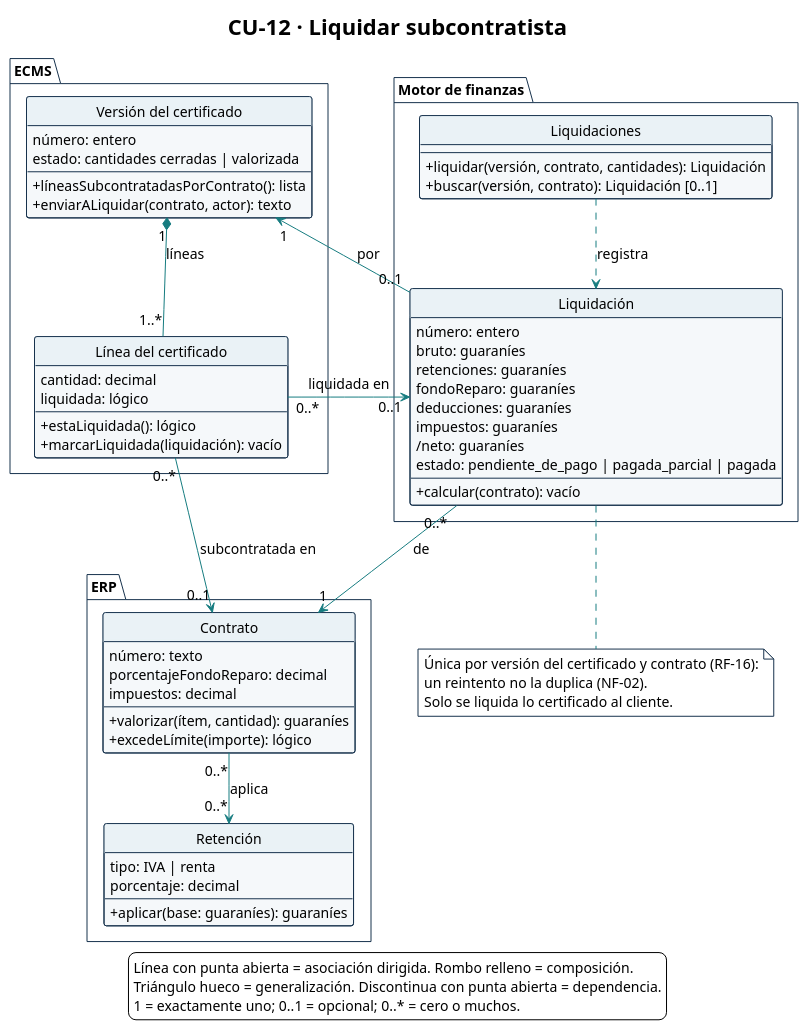
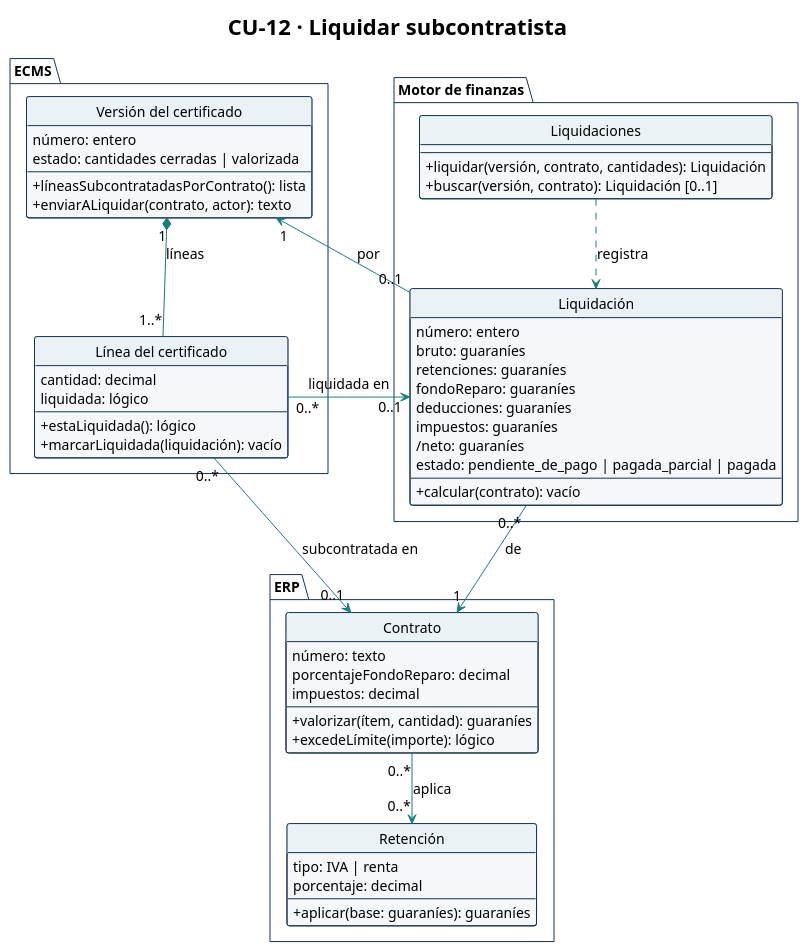
The diagram in diagramas/CU-12-clases.puml (Ssrrb/tpf-uca), drawn with PlantUML before and after one commit. The commit also changed 22 other files, not shown here.

```diff
--- a/diagramas/CU-12-clases.puml
+++ b/diagramas/CU-12-clases.puml
@@ -1,104 +1,93 @@
 @startuml
 !theme plain
 skinparam style strictuml
 title CU-12 · Liquidar subcontratista
 hide circle
 hide empty methods
 hide empty fields
 skinparam shadowing false
 skinparam classAttributeIconSize 0
 skinparam defaultFontName Arial
 skinparam defaultFontSize 14
 skinparam nodesep 40
 skinparam ranksep 50
 skinparam ArrowColor #167C80
 skinparam class {
   BackgroundColor #F5F8FA
   BorderColor #17324D
   HeaderBackgroundColor #EAF2F6
 }
 skinparam package {
   BackgroundColor #FFFFFF
   BorderColor #17324D
 }
 skinparam note {
   BackgroundColor #FFFFFF
   BorderColor #17324D
 }
 package "ECMS" {
   class "Versión del certificado" as VersionCertificado {
     número: entero
     estado: cantidades cerradas | valorizada
     --
     + líneasSubcontratadasPorContrato(): lista
     + enviarALiquidar(contrato, actor): texto
   }
 
   class "Línea del certificado" as LineaCertificado {
     cantidad: decimal
     liquidada: lógico
     --
     + estaLiquidada(): lógico
     + marcarLiquidada(liquidación): vacío
   }
 }
 
 package "Motor de finanzas" {
   class "Liquidaciones" as Liquidaciones {
     --
     + liquidar(versión, contrato, cantidades): Liquidación
     + buscar(versión, contrato): Liquidación [0..1]
   }
 
   class "Liquidación" as Liquidacion {
     número: entero
     bruto: guaraníes
     retenciones: guaraníes
     fondoReparo: guaraníes
     deducciones: guaraníes
     impuestos: guaraníes
     /neto: guaraníes
     estado: pendiente_de_pago | pagada_parcial | pagada
     --
     + calcular(contrato): vacío
   }
 }
 
 package "ERP" {
   class Contrato {
     número: texto
     porcentajeFondoReparo: decimal
     impuestos: decimal
     --
     + valorizar(ítem, cantidad): guaraníes
     + excedeLímite(importe): lógico
   }
 
   class "Retención" as Retencion {
     tipo: IVA | renta
     porcentaje: decimal
     --
     + aplicar(base: guaraníes): guaraníes
   }
 }
 
 VersionCertificado "1" *-- "1..*" LineaCertificado : líneas
 LineaCertificado "0..*" --> "0..1" Contrato : subcontratada en
 LineaCertificado "0..*" --> "0..1" Liquidacion : liquidada en
 Liquidaciones ..> Liquidacion : registra
 Liquidacion "0..*" --> "1" Contrato : de
 Liquidacion "0..1" --> "1" VersionCertificado : por
 Contrato "0..*" --> "0..*" Retencion : aplica
 
-note bottom of Liquidacion
-  Única por versión del certificado y contrato (RF-16):
-  un reintento no la duplica (NF-02).
-  Solo se liquida lo certificado al cliente.
-end note
-
-legend bottom
-  Línea con punta abierta = asociación dirigida. Rombo relleno = composición.
-  Triángulo hueco = generalización. Discontinua con punta abierta = dependencia.
-  1 = exactamente uno; 0..1 = opcional; 0..* = cero o muchos.
-endlegend
 @enduml
```
